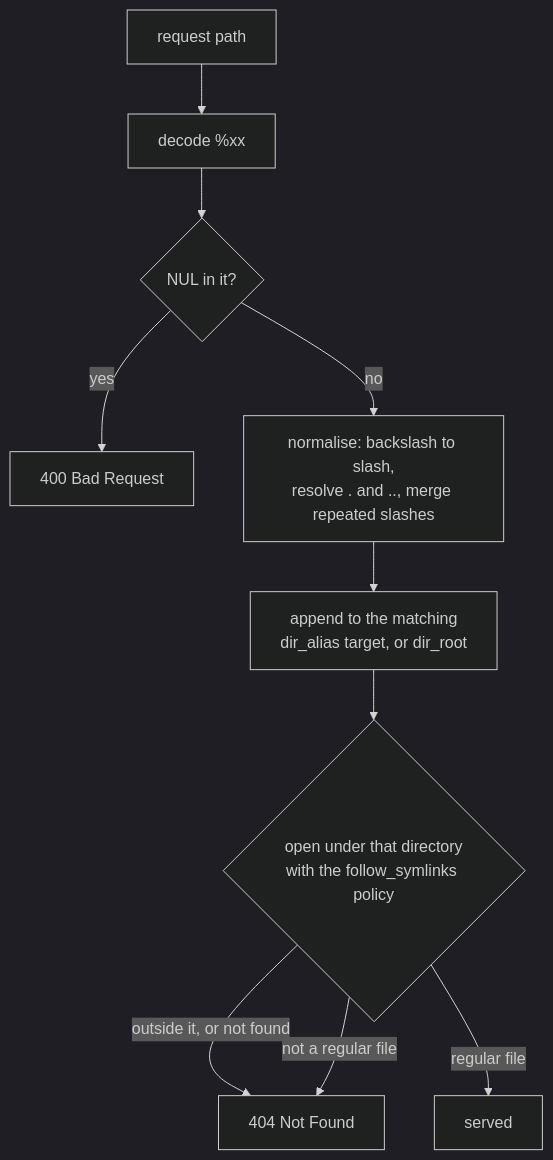
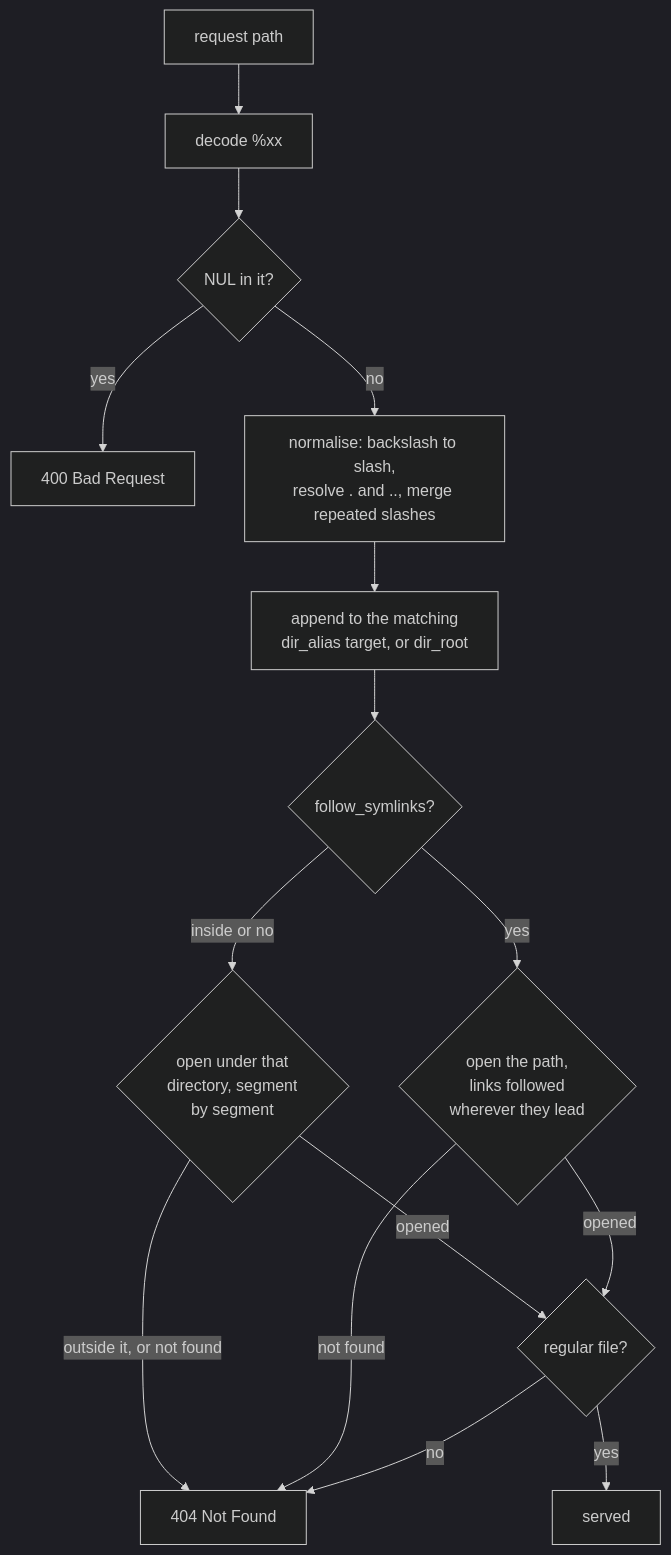
The diagram in doc/FILES.md (DanielTillett/klin), drawn with Mermaid (dark theme) before and after one commit. The commit also changed other lines of this file and 25 other files, not shown here.

````diff
--- a/doc/FILES.md
+++ b/doc/FILES.md
@@ -39,12 +34,17 @@
 ```mermaid
 flowchart TD
     A["request path"] --> B["decode %xx"]
     B --> C{"NUL in it?"}
     C -- "yes" --> E400["400 Bad Request"]
     C -- "no" --> D["normalise: backslash to slash,<br/>resolve . and .., merge repeated slashes"]
     D --> F["append to the matching<br/>dir_alias target, or dir_root"]
-    F --> G{"open under that directory<br/>with the follow_symlinks policy"}
+    F --> P{"follow_symlinks?"}
+    P -- "inside or no" --> G{"open under that<br/>directory, segment<br/>by segment"}
+    P -- "yes" --> Y{"open the path,<br/>links followed<br/>wherever they lead"}
     G -- "outside it, or not found" --> E404["404 Not Found"]
-    G -- "not a regular file" --> E404
-    G -- "regular file" --> S["served"]
+    Y -- "not found" --> E404
+    G -- "opened" --> R{"regular file?"}
+    Y -- "opened" --> R
+    R -- "no" --> E404
+    R -- "yes" --> S["served"]
 ```
````
